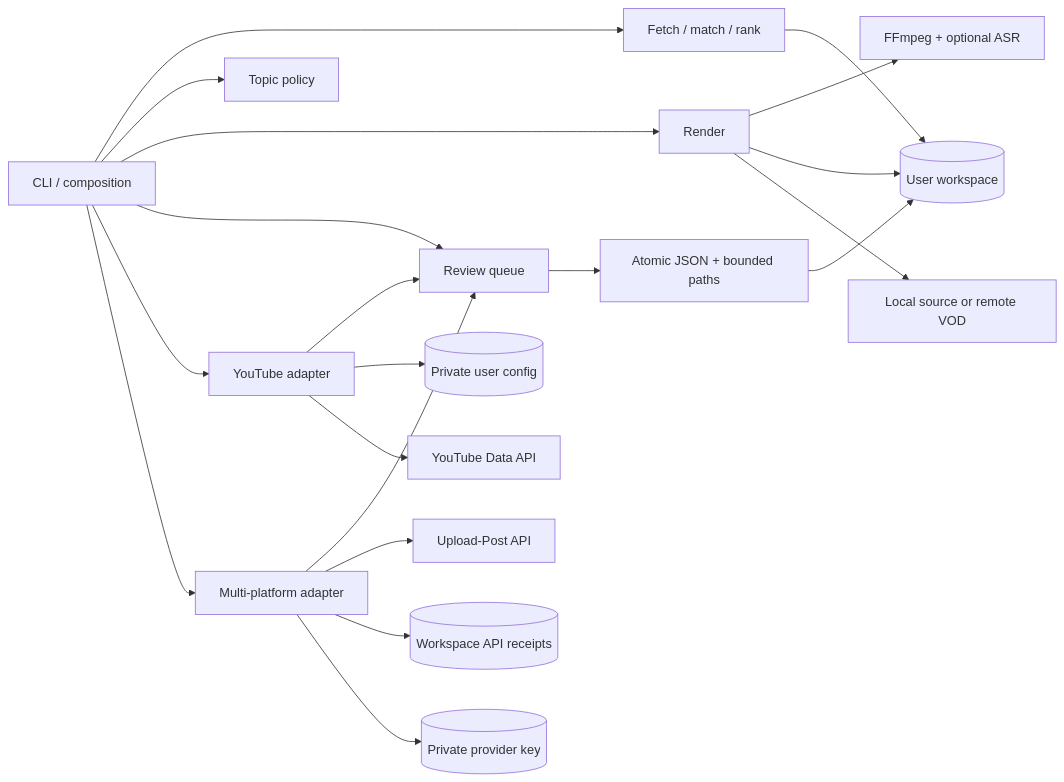
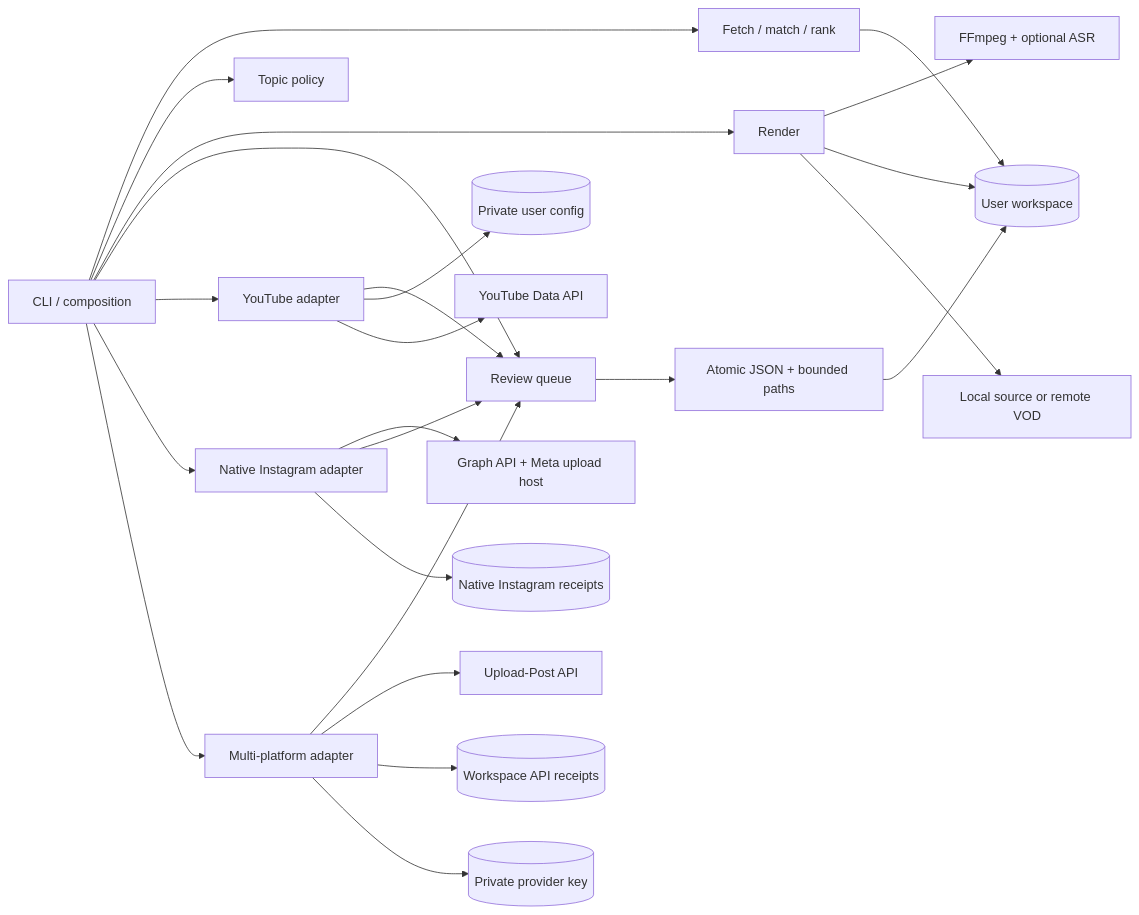
One commit to AndresGuido9820/zunara-studio changed the diagram in docs/architecture.md. Above: the diagram before and after it, drawn with Mermaid. The commit also changed other lines of this file and 20 other files, not shown here.

First line of the commit message:
feat: publish Instagram reels directly through Meta

````diff
--- a/docs/architecture.md
+++ b/docs/architecture.md
@@ -7,22 +7,26 @@
 ```mermaid
 flowchart LR
     CLI[CLI / composition] --> Analysis[Fetch / match / rank]
     CLI --> Editorial[Topic policy]
     CLI --> Render[Render]
     CLI --> Queue[Review queue]
     CLI --> YouTube[YouTube adapter]
+    CLI --> Instagram[Native Instagram adapter]
+    Instagram --> Meta[Graph API + Meta upload host]
+    Instagram --> Queue
+    Instagram --> NativeReceipts[(Native Instagram receipts)]
     CLI --> Social[Multi-platform adapter]
     Social --> Queue
     Social --> Provider[Upload-Post API]
     Social --> Receipts[(Workspace API receipts)]
     Social --> Key[(Private provider key)]
     Analysis --> Workspace[(User workspace)]
     Render --> FFmpeg[FFmpeg + optional ASR]
     Render --> Workspace
     Render --> Local[Local source or remote VOD]
     Queue --> Storage[Atomic JSON + bounded paths]
     Storage --> Workspace
     YouTube --> Queue
     YouTube --> OAuth[(Private user config)]
     YouTube --> API[YouTube Data API]
 ```
````
